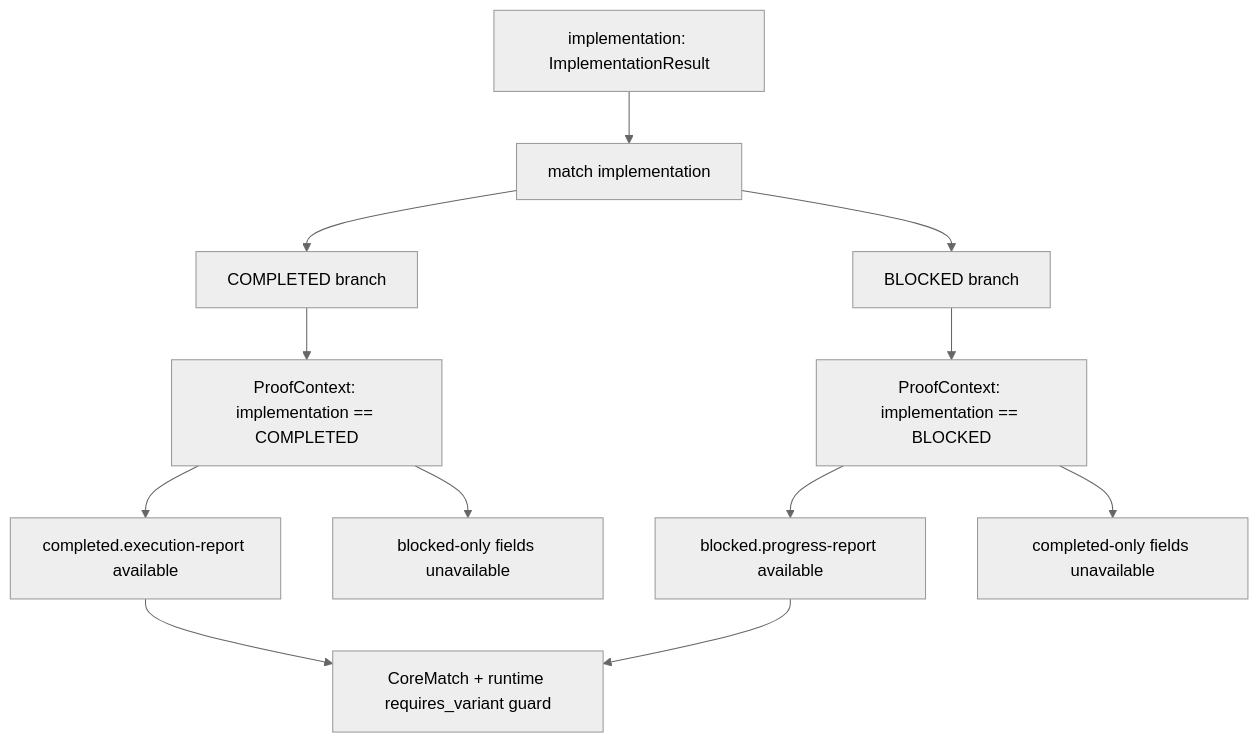
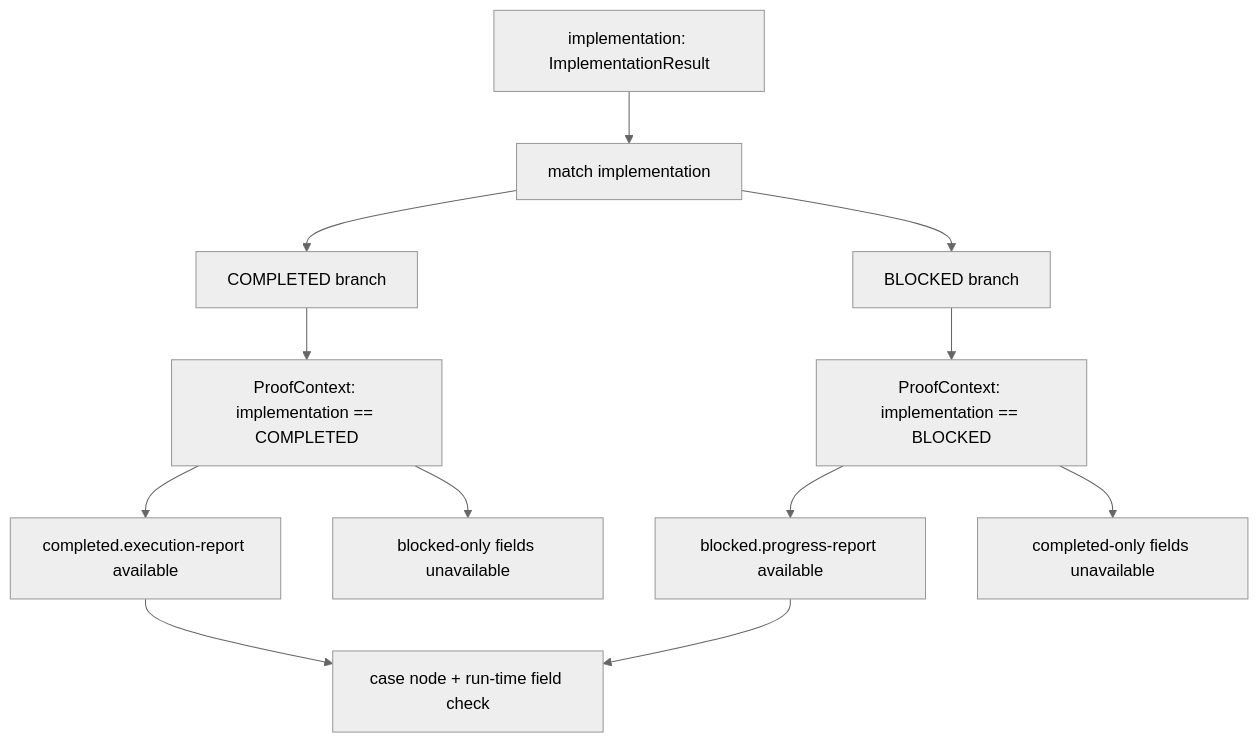
Before and after one commit to hoidn/agent-orchestration: the fourth of 6 diagrams in docs/design/workflow_lisp_frontend_specification.md, drawn with Mermaid (neutral theme). The commit also changed other lines of this file and 10 other files, not shown here.

````diff
--- a/docs/design/workflow_lisp_frontend_specification.md
+++ b/docs/design/workflow_lisp_frontend_specification.md
@@ -2044,17 +2059,17 @@
 ```mermaid
 flowchart TD
     UnionValue["implementation: ImplementationResult"] --> Match["match implementation"]
     Match --> Completed["COMPLETED branch"]
     Match --> Blocked["BLOCKED branch"]
 
     Completed --> CompletedProof["ProofContext: implementation == COMPLETED"]
     Blocked --> BlockedProof["ProofContext: implementation == BLOCKED"]
 
     CompletedProof --> ExecReport["completed.execution-report available"]
     CompletedProof --> BlockedFieldsNo["blocked-only fields unavailable"]
     BlockedProof --> ProgressReport["blocked.progress-report available"]
     BlockedProof --> CompletedFieldsNo["completed-only fields unavailable"]
 
-    ExecReport --> CoreMatch["CoreMatch + runtime requires_variant guard"]
+    ExecReport --> CoreMatch["case node + run-time field check"]
     ProgressReport --> CoreMatch
 ```
````
